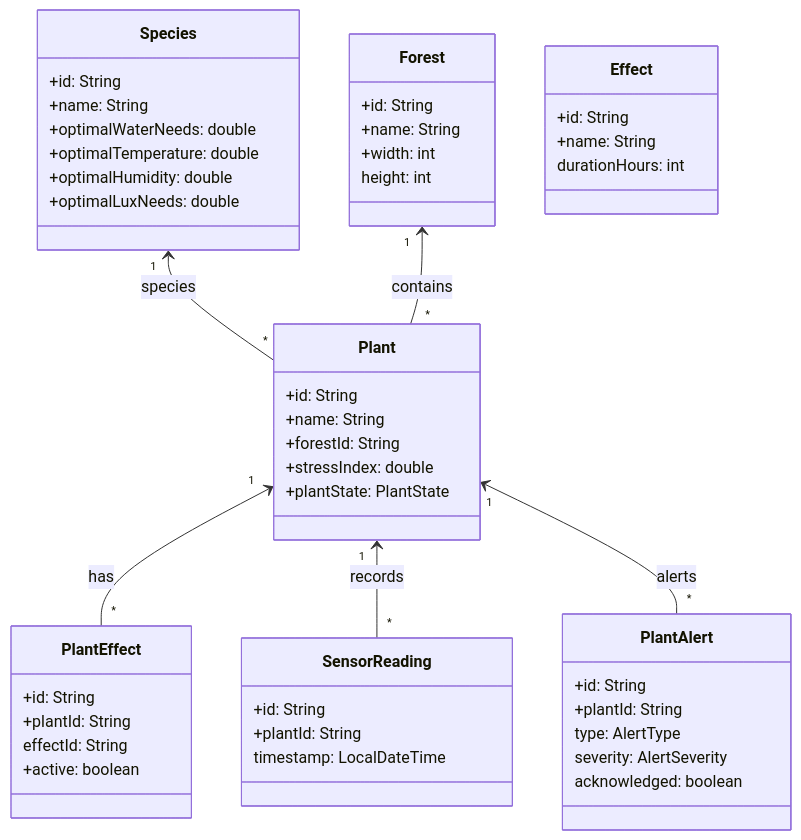
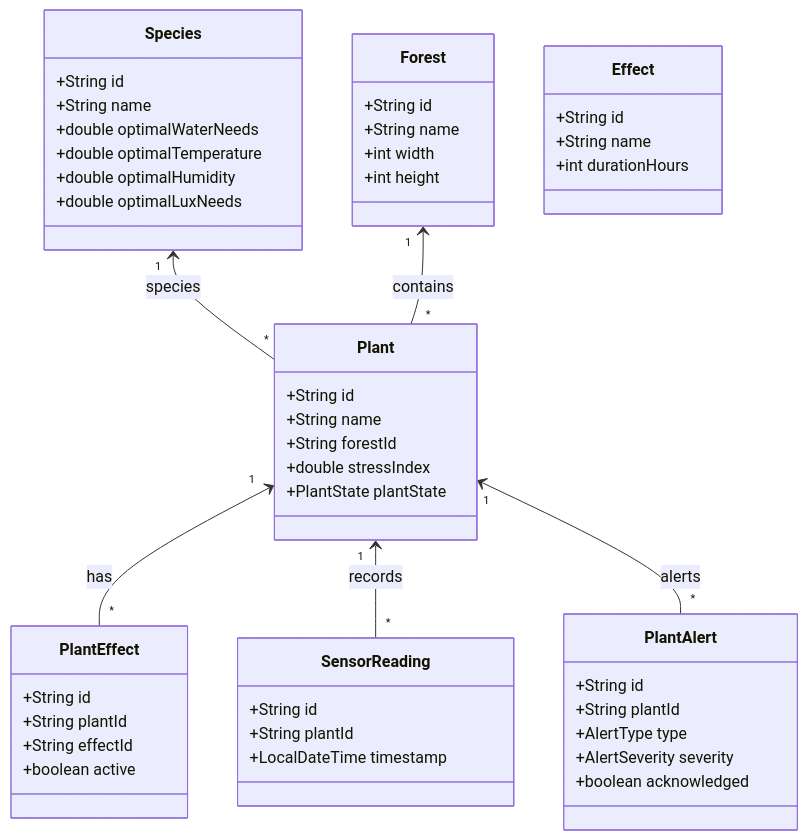
Before and after one commit to fasai444/GreenDesk: the second of 10 diagrams in docs/index.md, drawn with Mermaid. The commit also changed other lines of this file and 3 other files, not shown here.

````diff
--- a/docs/index.md
+++ b/docs/index.md
@@ -180,59 +266,59 @@
 ```mermaid
 classDiagram
 	class Species {
-		+id: String
-		+name: String
-		+optimalWaterNeeds: double
-		+optimalTemperature: double
-		+optimalHumidity: double
-		+optimalLuxNeeds: double
+		+String id
+		+String name
+		+double optimalWaterNeeds
+		+double optimalTemperature
+		+double optimalHumidity
+		+double optimalLuxNeeds
 	}
 
 	class Plant {
-		+id: String
-		+name: String
-		+forestId: String
-		+stressIndex: double
-		+plantState: PlantState
+		+String id
+		+String name
+		+String forestId
+		+double stressIndex
+		+PlantState plantState
 	}
 
 	class Forest {
-		+id: String
-		+name: String
-		+width: int
-		height: int
+		+String id
+		+String name
+		+int width
+		+int height
 	}
 
 	class Effect {
-		+id: String
-		+name: String
-		durationHours: int
+		+String id
+		+String name
+		+int durationHours
 	}
 
 	class PlantEffect {
-		+id: String
-		+plantId: String
-		effectId: String
-		+active: boolean
+		+String id
+		+String plantId
+		+String effectId
+		+boolean active
 	}
 
 	class SensorReading {
-		+id: String
-		+plantId: String
-		timestamp: LocalDateTime
+		+String id
+		+String plantId
+		+LocalDateTime timestamp
 	}
 
 	class PlantAlert {
-		+id: String
-		+plantId: String
-		type: AlertType
-		severity: AlertSeverity
-		acknowledged: boolean
+		+String id
+		+String plantId
+		+AlertType type
+		+AlertSeverity severity
+		+boolean acknowledged
 	}
 
 	Species "1" <-- "*" Plant : species
 	Forest "1" <-- "*" Plant : contains
 	Plant "1" <-- "*" PlantEffect : has
 	Plant "1" <-- "*" SensorReading : records
 	Plant "1" <-- "*" PlantAlert : alerts
 ```
````
